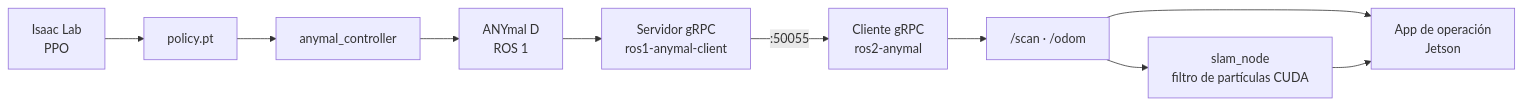
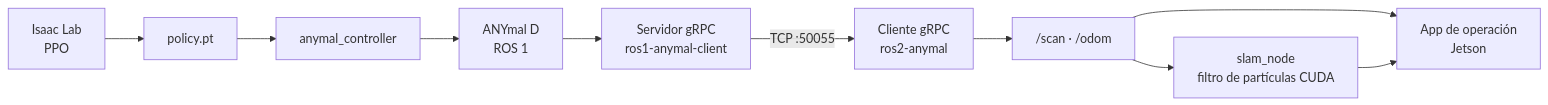
Before and after one commit to ricardo-ochoa/anySLAM: the diagram in README.md, drawn with Mermaid. The commit also changed other lines of this file and 7 other files, not shown here.

````diff
--- a/README.md
+++ b/README.md
@@ -22,10 +62,10 @@
 ```mermaid
 graph LR
   A["ANYmal D<br/>ROS 1"] --> B["Servidor gRPC<br/>ros1-anymal-client"]
-  B -->|":50055"| C["Cliente gRPC<br/>ros2-anymal"]
+  B -->|"TCP :50055"| C["Cliente gRPC<br/>ros2-anymal"]
   C --> D["/scan · /odom"]
   D --> E["slam_node<br/>filtro de partículas CUDA"]
   D --> F["App de operación<br/>Jetson"]
   E --> F
   G["Isaac Lab<br/>PPO"] --> H["policy.pt"] --> I["anymal_controller"] --> A
 ```
````
